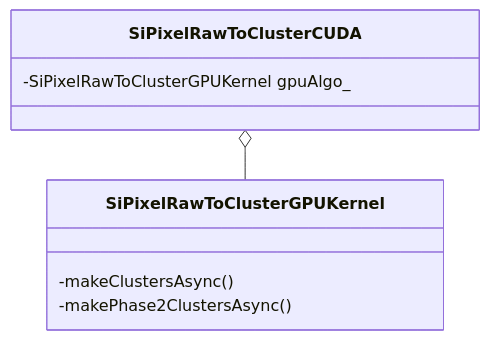
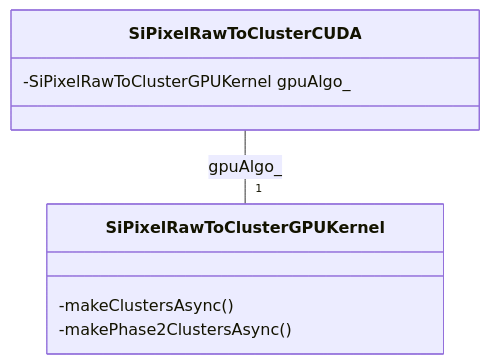
Before and after one commit to CMSTrackerDPG/cms-tkdpg-software-knowledge-transfer: the diagram in docs/cmssw/gpu/SiPixelRawToClusterCUDA-overview.md, drawn with Mermaid. The commit also changed 3 other files, not shown here.

Commit message:
Cleanup, UML fixes(?)

````diff
--- a/docs/cmssw/gpu/SiPixelRawToClusterCUDA-overview.md
+++ b/docs/cmssw/gpu/SiPixelRawToClusterCUDA-overview.md
@@ -9,13 +9,13 @@
 ```mermaid
  classDiagram
 	  class SiPixelRawToClusterCUDA{
 	 	 -SiPixelRawToClusterGPUKernel gpuAlgo_
       }
 	  
 	  class SiPixelRawToClusterGPUKernel{
 	 	 -makeClustersAsync()
 		 -makePhase2ClustersAsync()
       }
 	  
-     SiPixelRawToClusterCUDA o-- SiPixelRawToClusterGPUKernel
+     SiPixelRawToClusterCUDA -- "1" SiPixelRawToClusterGPUKernel : gpuAlgo_
 ```
````
